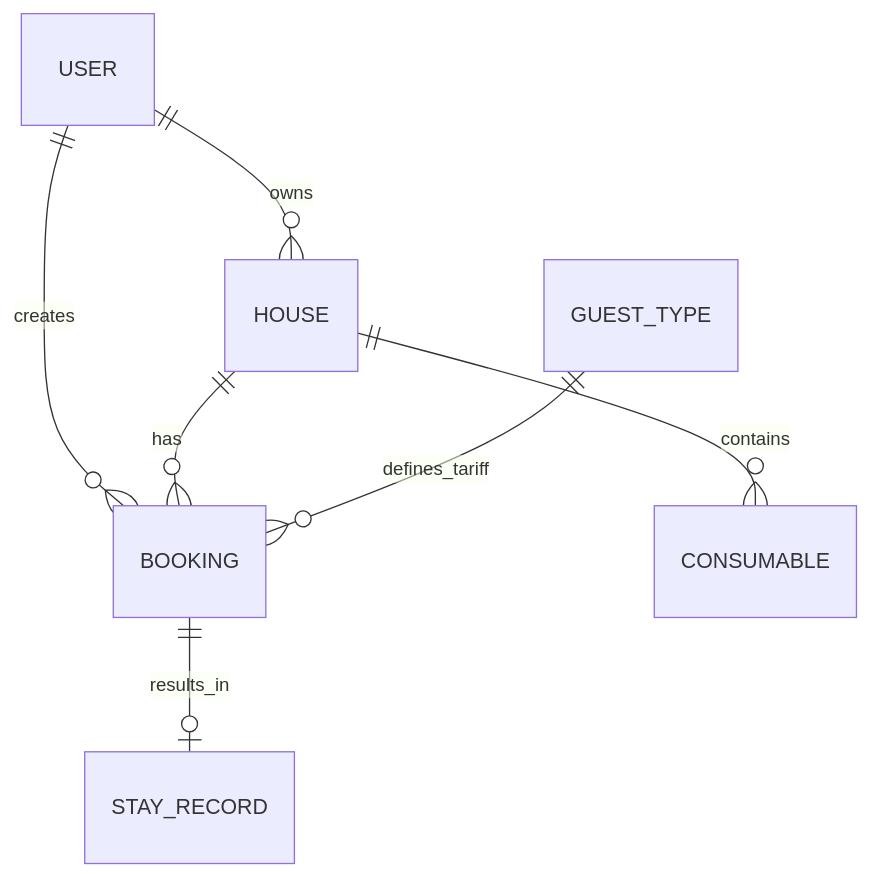
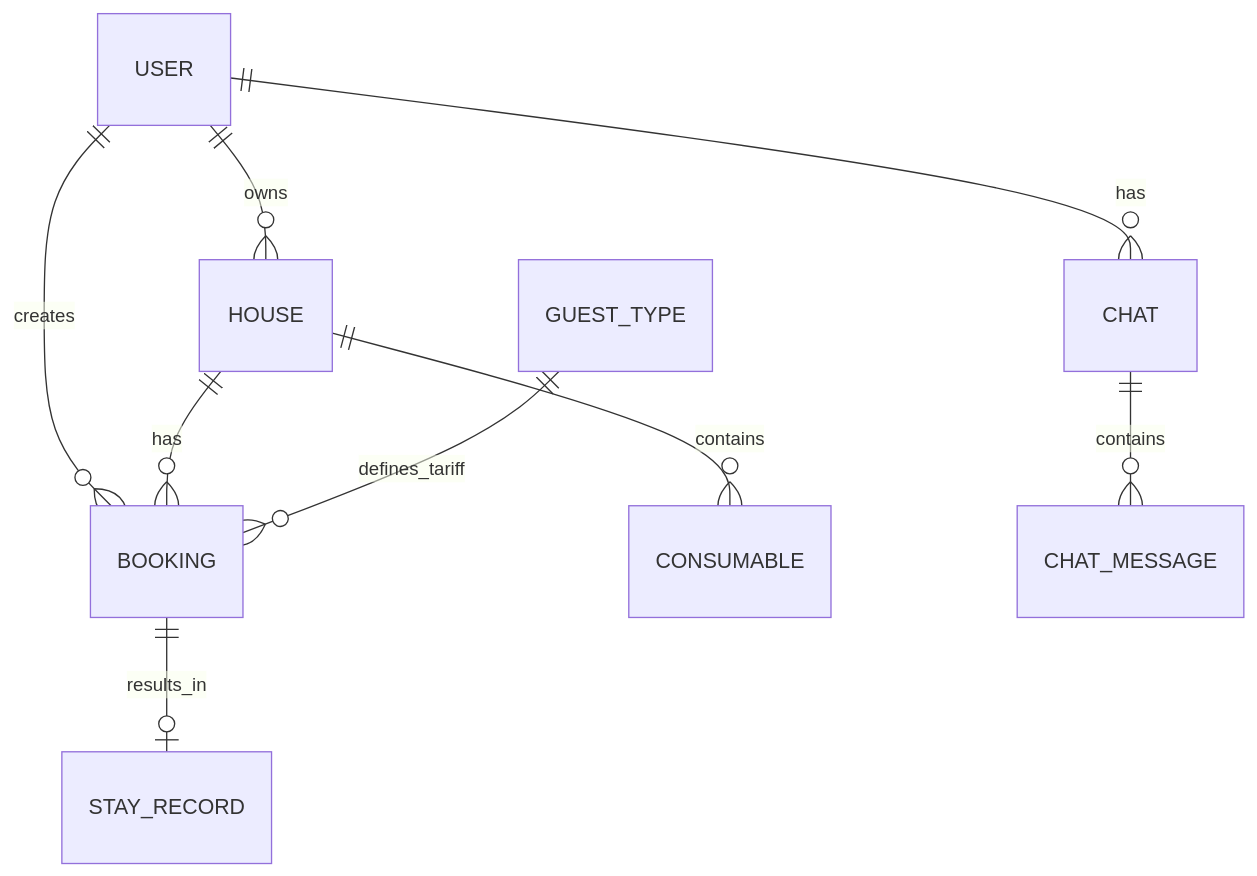
One commit to alfa24/mbt_booking_agent changed the first of 2 diagrams in docs/data-model.md. Above: the diagram before and after it, drawn with Mermaid. The commit also changed other lines of this file and 28 other files, not shown here.

````diff
--- a/docs/data-model.md
+++ b/docs/data-model.md
@@ -110,9 +145,11 @@
 ```mermaid
 erDiagram
     USER ||--o{ HOUSE : owns
     USER ||--o{ BOOKING : creates
     HOUSE ||--o{ BOOKING : has
     HOUSE ||--o{ CONSUMABLE : contains
     BOOKING ||--o| STAY_RECORD : results_in
     GUEST_TYPE ||--o{ BOOKING : defines_tariff
+    USER ||--o{ CHAT : has
+    CHAT ||--o{ CHAT_MESSAGE : contains
 ```
````
